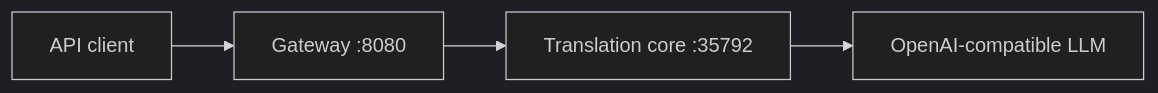
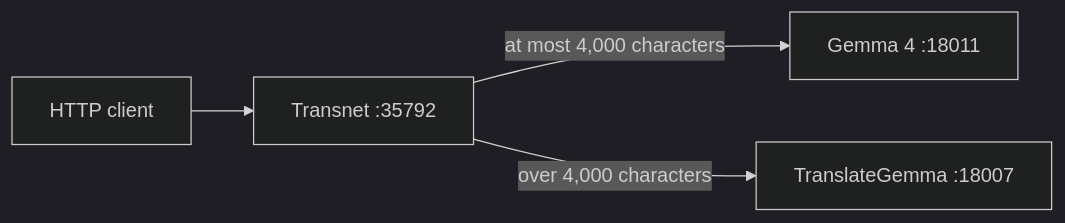
The diagram in README.md (Ashex-x/Transnet), drawn with Mermaid (dark theme) before and after one commit. The commit also changed other lines of this file and 57 other files, not shown here.

````diff
--- a/README.md
+++ b/README.md
@@ -10,6 +5,6 @@
 ```mermaid
 flowchart LR
-  client["API client"] --> gateway["Gateway :8080"]
-  gateway --> core["Translation core :35792"]
-  core --> model["OpenAI-compatible LLM"]
+  client["HTTP client"] --> service["Transnet :35792"]
+  service -->|"at most 4,000 characters"| gemma4["Gemma 4 :18011"]
+  service -->|"over 4,000 characters"| translate["TranslateGemma :18007"]
 ```
````
